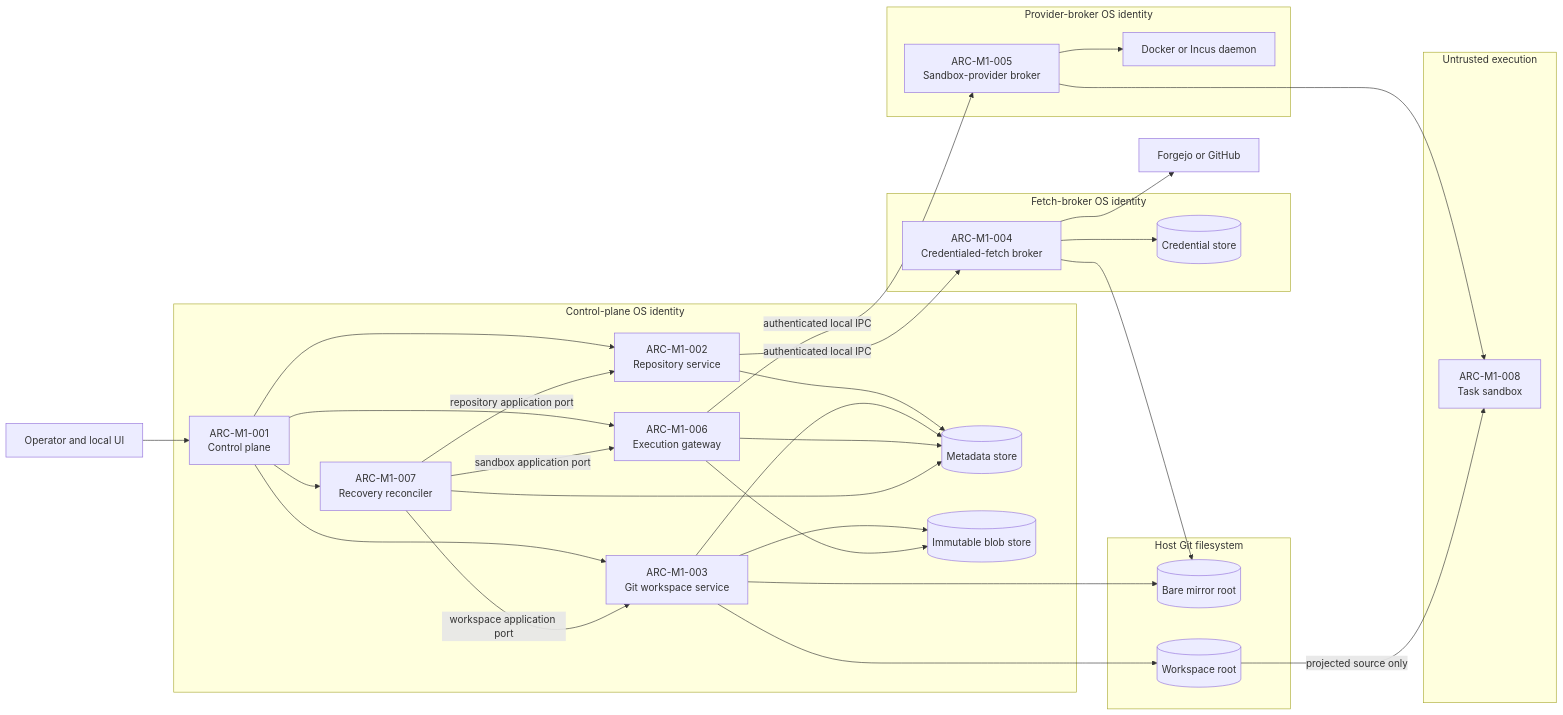
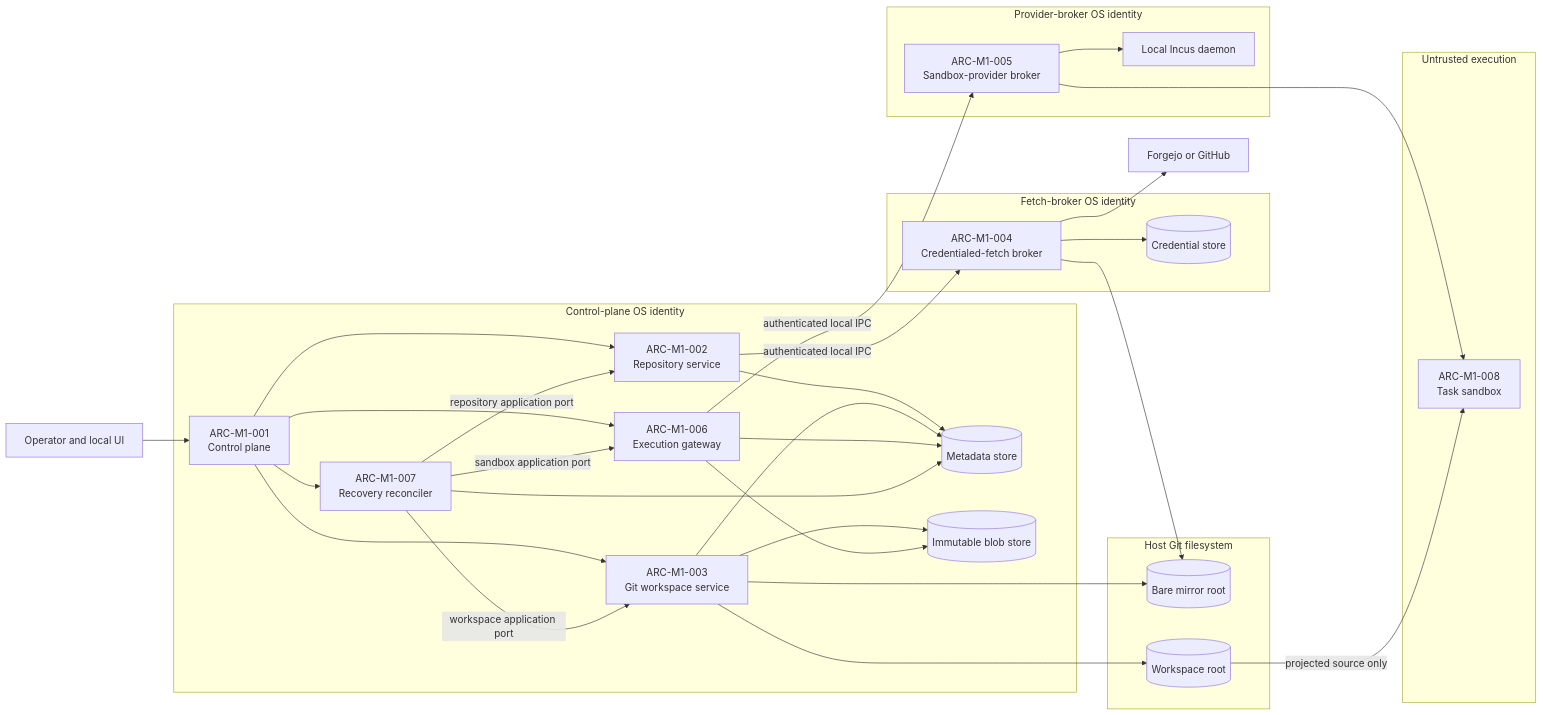
One commit to ansami-dev/agnest changed the diagram in docs/architecture/boundaries-M1.md. Above: the diagram before and after it, drawn with Mermaid. The commit also changed other lines of this file and 5 other files, not shown here.

First line of the commit message:
docs: select local Incus for MVP1 sandboxes

````diff
--- a/docs/architecture/boundaries-M1.md
+++ b/docs/architecture/boundaries-M1.md
@@ -24,60 +24,60 @@
 ```mermaid
 flowchart LR
     O[Operator and local UI]
 
     subgraph CP[Control-plane OS identity]
         API[ARC-M1-001<br/>Control plane]
         REPO[ARC-M1-002<br/>Repository service]
         GIT[ARC-M1-003<br/>Git workspace service]
         EXEC[ARC-M1-006<br/>Execution gateway]
         REC[ARC-M1-007<br/>Recovery reconciler]
         DB[(Metadata store)]
         BLOB[(Immutable blob store)]
     end
 
     subgraph FB[Fetch-broker OS identity]
         FETCH[ARC-M1-004<br/>Credentialed-fetch broker]
         SECRET[(Credential store)]
     end
 
     subgraph PB[Provider-broker OS identity]
         PROVIDER[ARC-M1-005<br/>Sandbox-provider broker]
-        DAEMON[Docker or Incus daemon]
+        DAEMON[Local Incus daemon]
     end
 
     subgraph FS[Host Git filesystem]
         MIRROR[(Bare mirror root)]
         WORK[(Workspace root)]
     end
 
     subgraph U[Untrusted execution]
         BOX[ARC-M1-008<br/>Task sandbox]
     end
 
     REMOTE[Forgejo or GitHub]
 
     O --> API
     API --> REPO
     API --> GIT
     API --> EXEC
     API --> REC
     REPO --> DB
     GIT --> DB
     GIT --> BLOB
     EXEC --> DB
     EXEC --> BLOB
     REC --> DB
     REPO -->|authenticated local IPC| FETCH
     EXEC -->|authenticated local IPC| PROVIDER
     REC -->|repository application port| REPO
     REC -->|workspace application port| GIT
     REC -->|sandbox application port| EXEC
     FETCH --> SECRET
     FETCH --> MIRROR
     FETCH --> REMOTE
     GIT --> MIRROR
     GIT --> WORK
     PROVIDER --> DAEMON
     PROVIDER --> BOX
     WORK -->|projected source only| BOX
 ```
````
